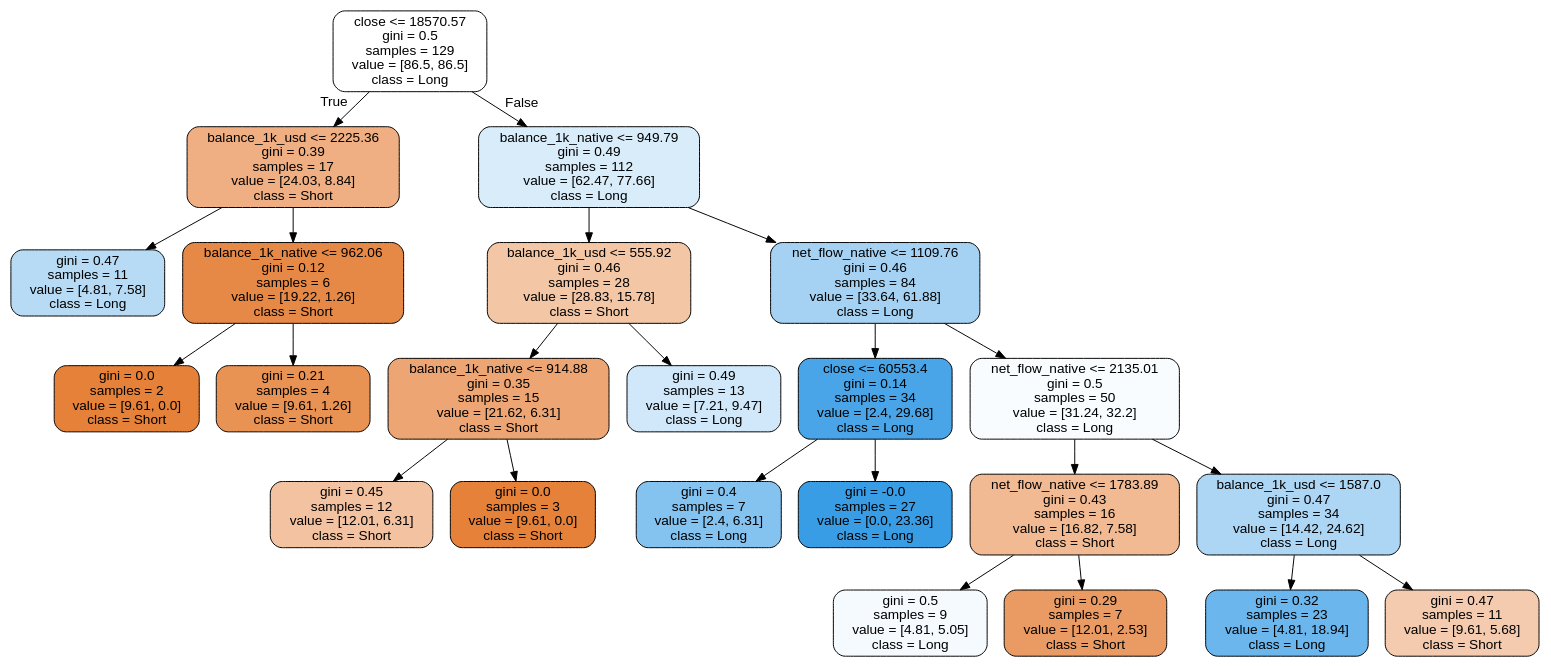
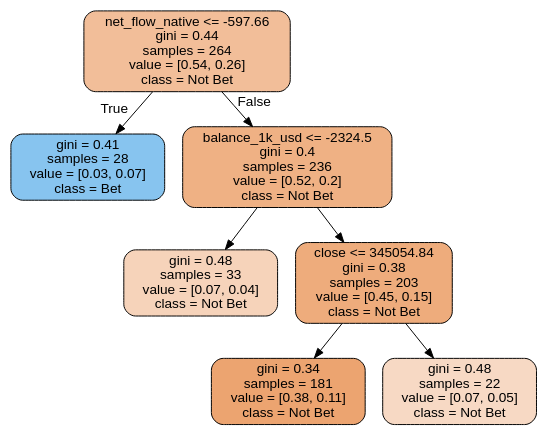
One commit to Ericclck/FinancialModeling changed the diagram in plots/BTC/balance/tree/rf_1.dot. Above: the diagram before and after it, drawn with Graphviz. The commit also changed 29 other files, not shown here.

```diff
--- a/plots/BTC/balance/tree/rf_1.dot
+++ b/plots/BTC/balance/tree/rf_1.dot
@@ -1,49 +1,17 @@
 digraph Tree {
 node [shape=box, style="filled, rounded", color="black", fontname="helvetica"] ;
 edge [fontname="helvetica"] ;
-0 [label="close <= 18570.57\ngini = 0.5\nsamples = 129\nvalue = [86.5, 86.5]\nclass = Long", fillcolor="#ffffff"] ;
-1 [label="balance_1k_usd <= 2225.36\ngini = 0.39\nsamples = 17\nvalue = [24.03, 8.84]\nclass = Short", fillcolor="#efaf82"] ;
+0 [label="net_flow_native <= -597.66\ngini = 0.44\nsamples = 264\nvalue = [0.54, 0.26]\nclass = Not Bet", fillcolor="#f2be99"] ;
+1 [label="gini = 0.41\nsamples = 28\nvalue = [0.03, 0.07]\nclass = Bet", fillcolor="#87c4ef"] ;
 0 -> 1 [labeldistance=2.5, labelangle=45, headlabel="True"] ;
-2 [label="gini = 0.47\nsamples = 11\nvalue = [4.81, 7.58]\nclass = Long", fillcolor="#b7dbf5"] ;
-1 -> 2 ;
-3 [label="balance_1k_native <= 962.06\ngini = 0.12\nsamples = 6\nvalue = [19.22, 1.26]\nclass = Short", fillcolor="#e78946"] ;
-1 -> 3 ;
-4 [label="gini = 0.0\nsamples = 2\nvalue = [9.61, 0.0]\nclass = Short", fillcolor="#e58139"] ;
-3 -> 4 ;
-5 [label="gini = 0.21\nsamples = 4\nvalue = [9.61, 1.26]\nclass = Short", fillcolor="#e89253"] ;
-3 -> 5 ;
-6 [label="balance_1k_native <= 949.79\ngini = 0.49\nsamples = 112\nvalue = [62.47, 77.66]\nclass = Long", fillcolor="#d8ecfa"] ;
-0 -> 6 [labeldistance=2.5, labelangle=-45, headlabel="False"] ;
-7 [label="balance_1k_usd <= 555.92\ngini = 0.46\nsamples = 28\nvalue = [28.83, 15.78]\nclass = Short", fillcolor="#f3c6a5"] ;
-6 -> 7 ;
-8 [label="balance_1k_native <= 914.88\ngini = 0.35\nsamples = 15\nvalue = [21.62, 6.31]\nclass = Short", fillcolor="#eda673"] ;
-7 -> 8 ;
-9 [label="gini = 0.45\nsamples = 12\nvalue = [12.01, 6.31]\nclass = Short", fillcolor="#f3c3a1"] ;
-8 -> 9 ;
-10 [label="gini = 0.0\nsamples = 3\nvalue = [9.61, 0.0]\nclass = Short", fillcolor="#e58139"] ;
-8 -> 10 ;
-11 [label="gini = 0.49\nsamples = 13\nvalue = [7.21, 9.47]\nclass = Long", fillcolor="#d0e8f9"] ;
-7 -> 11 ;
-12 [label="net_flow_native <= 1109.76\ngini = 0.46\nsamples = 84\nvalue = [33.64, 61.88]\nclass = Long", fillcolor="#a5d2f3"] ;
-6 -> 12 ;
-13 [label="close <= 60553.4\ngini = 0.14\nsamples = 34\nvalue = [2.4, 29.68]\nclass = Long", fillcolor="#49a5e7"] ;
-12 -> 13 ;
-14 [label="gini = 0.4\nsamples = 7\nvalue = [2.4, 6.31]\nclass = Long", fillcolor="#84c2ef"] ;
-13 -> 14 ;
-15 [label="gini = -0.0\nsamples = 27\nvalue = [0.0, 23.36]\nclass = Long", fillcolor="#399de5"] ;
-13 -> 15 ;
-16 [label="net_flow_native <= 2135.01\ngini = 0.5\nsamples = 50\nvalue = [31.24, 32.2]\nclass = Long", fillcolor="#f9fcfe"] ;
-12 -> 16 ;
-17 [label="net_flow_native <= 1783.89\ngini = 0.43\nsamples = 16\nvalue = [16.82, 7.58]\nclass = Short", fillcolor="#f1ba92"] ;
-16 -> 17 ;
-18 [label="gini = 0.5\nsamples = 9\nvalue = [4.81, 5.05]\nclass = Long", fillcolor="#f5fafe"] ;
-17 -> 18 ;
-19 [label="gini = 0.29\nsamples = 7\nvalue = [12.01, 2.53]\nclass = Short", fillcolor="#ea9b63"] ;
-17 -> 19 ;
-20 [label="balance_1k_usd <= 1587.0\ngini = 0.47\nsamples = 34\nvalue = [14.42, 24.62]\nclass = Long", fillcolor="#add6f4"] ;
-16 -> 20 ;
-21 [label="gini = 0.32\nsamples = 23\nvalue = [4.81, 18.94]\nclass = Long", fillcolor="#6bb6ec"] ;
-20 -> 21 ;
-22 [label="gini = 0.47\nsamples = 11\nvalue = [9.61, 5.68]\nclass = Short", fillcolor="#f4cbae"] ;
-20 -> 22 ;
+2 [label="balance_1k_usd <= -2324.5\ngini = 0.4\nsamples = 236\nvalue = [0.52, 0.2]\nclass = Not Bet", fillcolor="#efb184"] ;
+0 -> 2 [labeldistance=2.5, labelangle=-45, headlabel="False"] ;
+3 [label="gini = 0.48\nsamples = 33\nvalue = [0.07, 0.04]\nclass = Not Bet", fillcolor="#f6d3ba"] ;
+2 -> 3 ;
+4 [label="close <= 345054.84\ngini = 0.38\nsamples = 203\nvalue = [0.45, 0.15]\nclass = Not Bet", fillcolor="#eeac7c"] ;
+2 -> 4 ;
+5 [label="gini = 0.34\nsamples = 181\nvalue = [0.38, 0.11]\nclass = Not Bet", fillcolor="#eca470"] ;
+4 -> 5 ;
+6 [label="gini = 0.48\nsamples = 22\nvalue = [0.07, 0.05]\nclass = Not Bet", fillcolor="#f7d9c4"] ;
+4 -> 6 ;
 }
```
